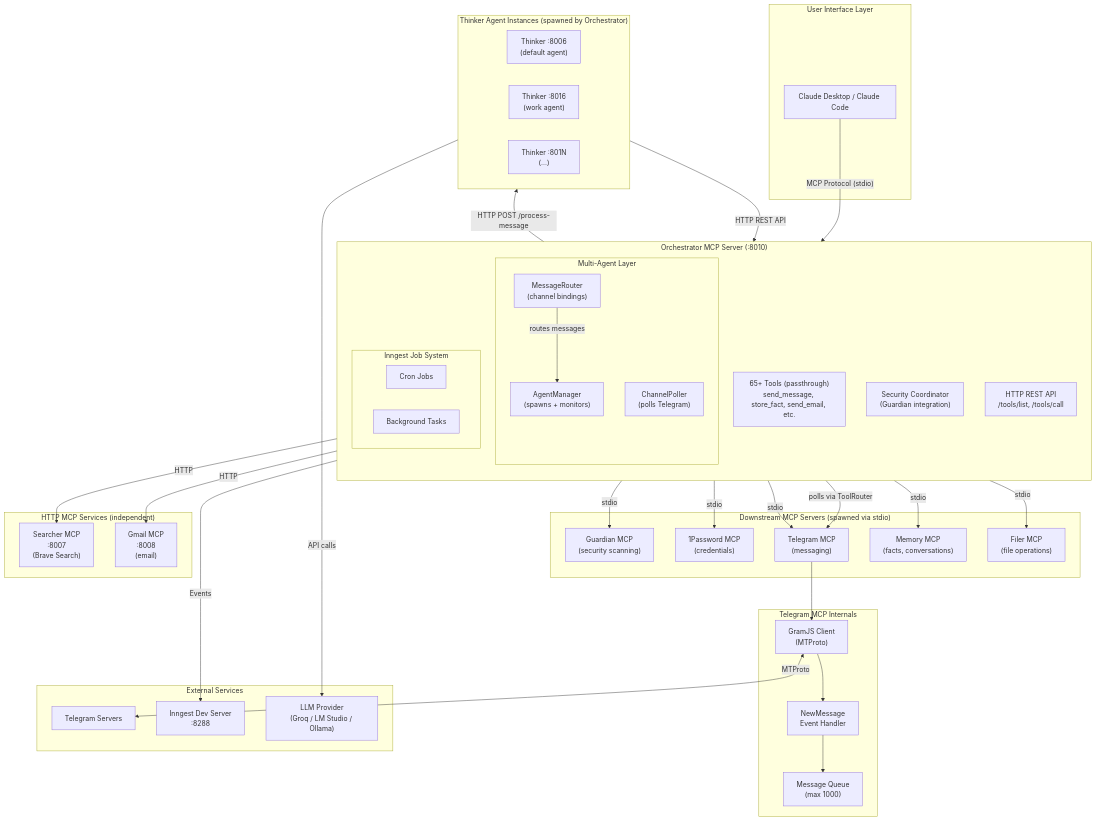
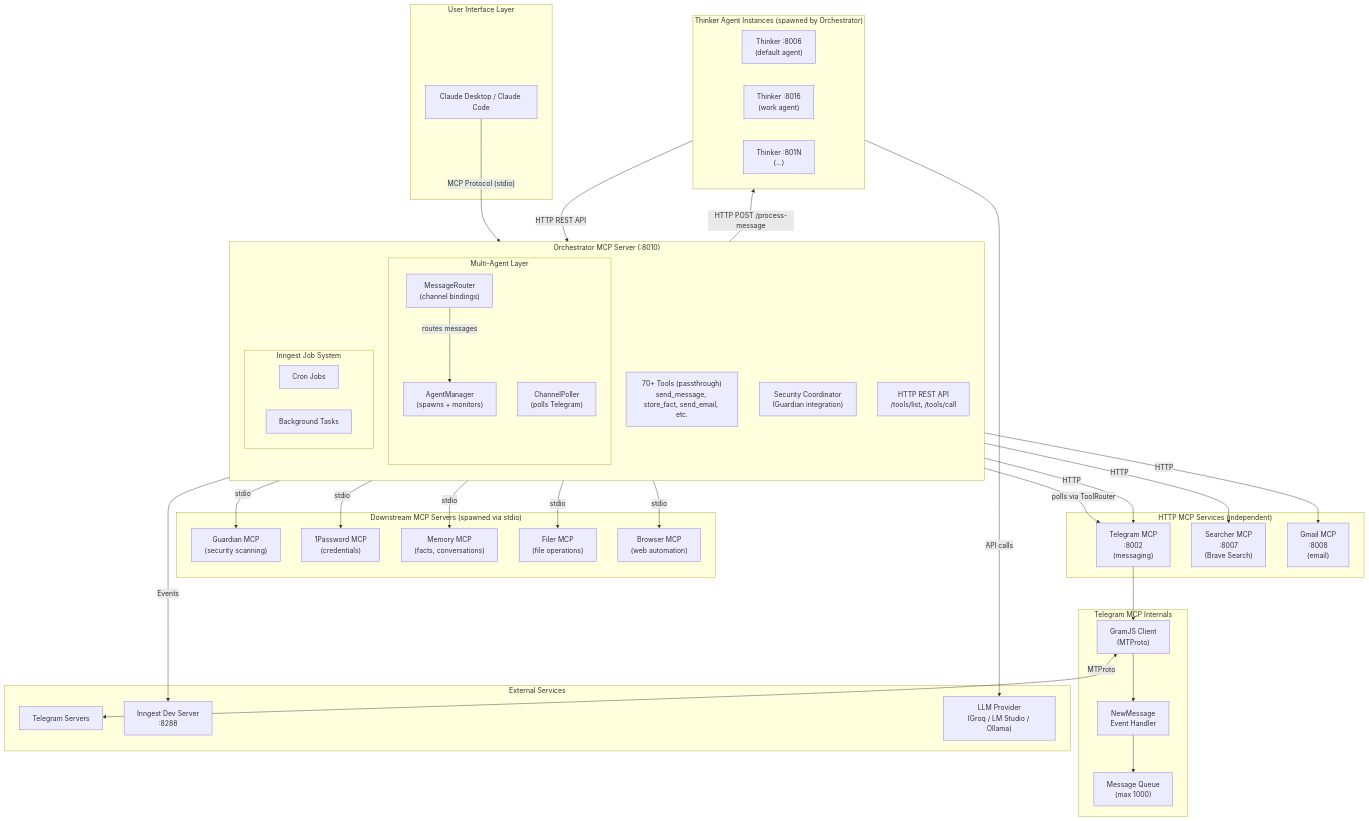
Before and after one commit to cwikio/Hexa-Puffs: the first of 3 diagrams in README.md, drawn with Mermaid. The commit also changed other lines of this file, not shown here.

````diff
--- a/README.md
+++ b/README.md
@@ -53,73 +53,75 @@
 ```mermaid
 flowchart TB
     subgraph UI["User Interface Layer"]
         Claude["Claude Desktop / Claude Code"]
     end
 
     subgraph Orchestrator["Orchestrator MCP Server (:8010)"]
         direction TB
-        Tools["65+ Tools (passthrough)<br/>send_message, store_fact, send_email, etc."]
+        Tools["70+ Tools (passthrough)<br/>send_message, store_fact, send_email, etc."]
         Security["Security Coordinator<br/>(Guardian integration)"]
         HTTPAPI["HTTP REST API<br/>/tools/list, /tools/call"]
         subgraph MultiAgent["Multi-Agent Layer"]
             ChannelPoller["ChannelPoller<br/>(polls Telegram)"]
             MsgRouter["MessageRouter<br/>(channel bindings)"]
             AgentMgr["AgentManager<br/>(spawns + monitors)"]
         end
         subgraph Jobs["Inngest Job System"]
             Cron["Cron Jobs"]
             Background["Background Tasks"]
         end
     end
 
     subgraph Agents["Thinker Agent Instances (spawned by Orchestrator)"]
         Agent1["Thinker :8006<br/>(default agent)"]
         Agent2["Thinker :8016<br/>(work agent)"]
         AgentN["Thinker :801N<br/>(...)"]
     end
 
     subgraph MCPs["Downstream MCP Servers (spawned via stdio)"]
         Guardian["Guardian MCP<br/>(security scanning)"]
         OnePass["1Password MCP<br/>(credentials)"]
-        Telegram["Telegram MCP<br/>(messaging)"]
         Memory["Memory MCP<br/>(facts, conversations)"]
         Filer["Filer MCP<br/>(file operations)"]
+        Browser["Browser MCP<br/>(web automation)"]
     end
 
     subgraph HTTPMCPs["HTTP MCP Services (independent)"]
+        Telegram["Telegram MCP<br/>:8002<br/>(messaging)"]
         Searcher["Searcher MCP<br/>:8007<br/>(Brave Search)"]
         Gmail["Gmail MCP<br/>:8008<br/>(email)"]
     end
 
     subgraph TelegramInternals["Telegram MCP Internals"]
         GramJS["GramJS Client<br/>(MTProto)"]
         EventHandler["NewMessage<br/>Event Handler"]
         Queue["Message Queue<br/>(max 1000)"]
     end
 
     subgraph External["External Services"]
         TelegramAPI["Telegram Servers"]
         InngestDev["Inngest Dev Server<br/>:8288"]
         LLM["LLM Provider<br/>(Groq / LM Studio / Ollama)"]
     end
 
     Claude -->|"MCP Protocol (stdio)"| Orchestrator
     ChannelPoller -->|"polls via ToolRouter"| Telegram
     MsgRouter -->|"routes messages"| AgentMgr
     AgentMgr -->|"HTTP POST /process-message"| Agents
     Agents -->|"HTTP REST API"| HTTPAPI
     Agents -->|"API calls"| LLM
     Orchestrator -->|stdio| Guardian
     Orchestrator -->|stdio| OnePass
-    Orchestrator -->|stdio| Telegram
     Orchestrator -->|stdio| Memory
     Orchestrator -->|stdio| Filer
+    Orchestrator -->|stdio| Browser
+    Orchestrator -->|HTTP| Telegram
     Orchestrator -->|HTTP| Searcher
     Orchestrator -->|HTTP| Gmail
     Jobs -->|Events| InngestDev
 
     Telegram --> GramJS
     GramJS --> EventHandler
     EventHandler --> Queue
     GramJS <-->|MTProto| TelegramAPI
 ```
````
